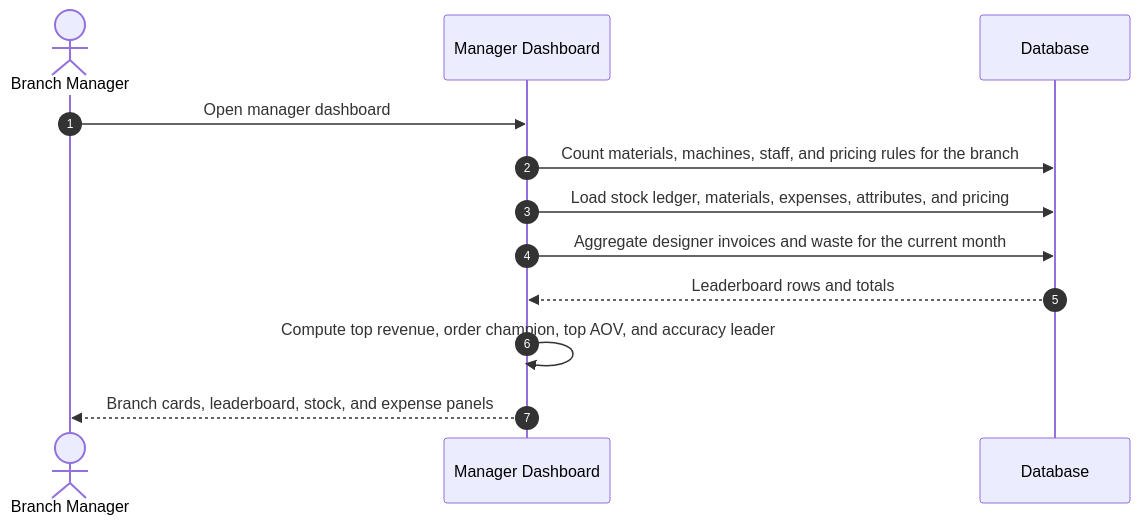
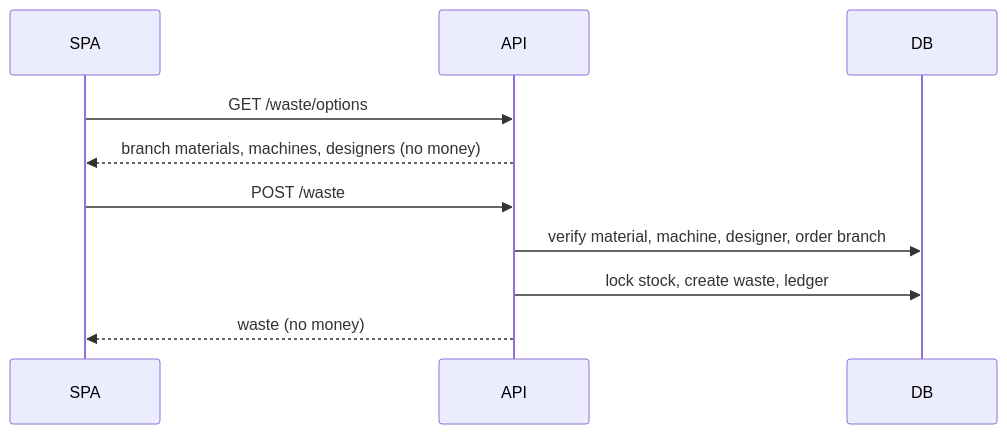
Before and after one commit to Arukast/pos_alja: the fifth of 8 diagrams in docs/architecture/sequence-diagrams.md, drawn with Mermaid. The commit also changed other lines of this file and 10 other files, not shown here.

Commit message:
docs: document api-first architecture

````diff
--- a/docs/architecture/sequence-diagrams.md
+++ b/docs/architecture/sequence-diagrams.md
@@ -671,15 +90,13 @@
 ```mermaid
 sequenceDiagram
-    autonumber
-    actor M as Branch Manager
-    participant UI as Manager Dashboard
-    participant DB as Database
+    participant SPA
+    participant API
+    participant DB
 
-    M->>UI: Open manager dashboard
-    UI->>DB: Count materials, machines, staff, and pricing rules for the branch
-    UI->>DB: Load stock ledger, materials, expenses, attributes, and pricing
-    UI->>DB: Aggregate designer invoices and waste for the current month
-    DB-->>UI: Leaderboard rows and totals
-    UI->>UI: Compute top revenue, order champion, top AOV, and accuracy leader
-    UI-->>M: Branch cards, leaderboard, stock, and expense panels
+    SPA->>API: GET /waste/options
+    API-->>SPA: branch materials, machines, designers (no money)
+    SPA->>API: POST /waste
+    API->>DB: verify material, machine, designer, order branch
+    API->>DB: lock stock, create waste, ledger
+    API-->>SPA: waste (no money)
 ```
````
